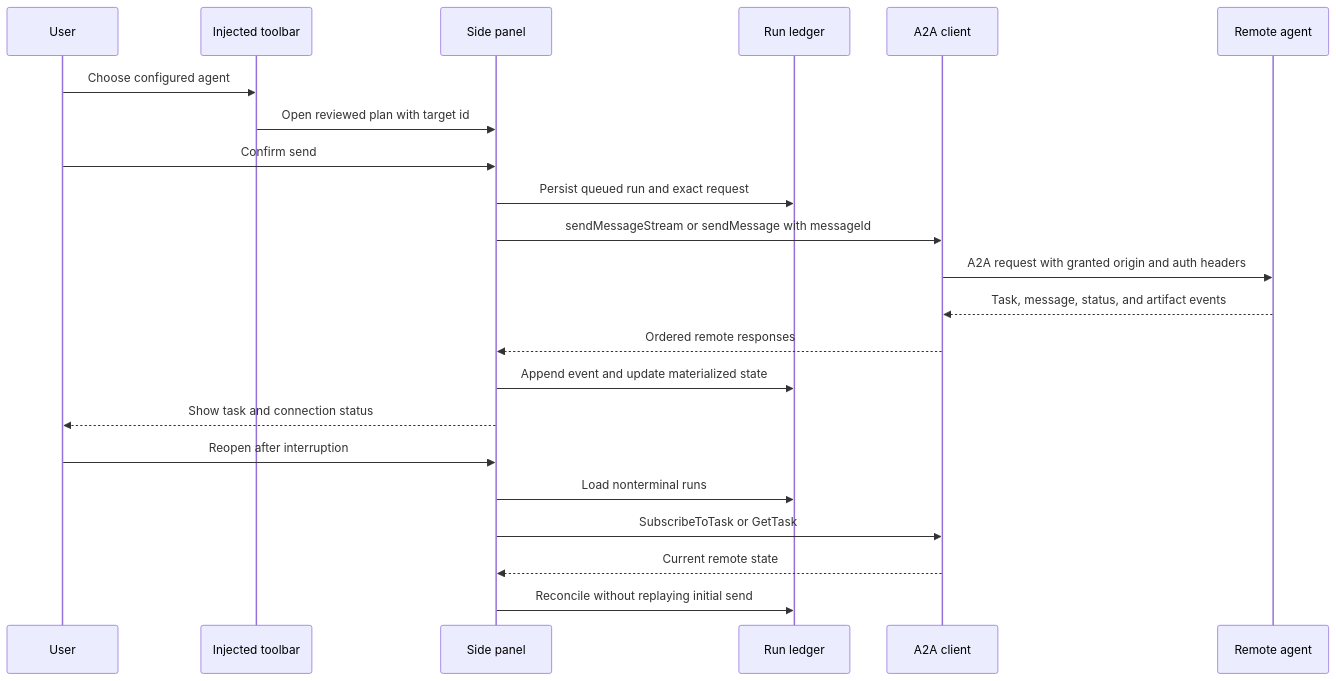
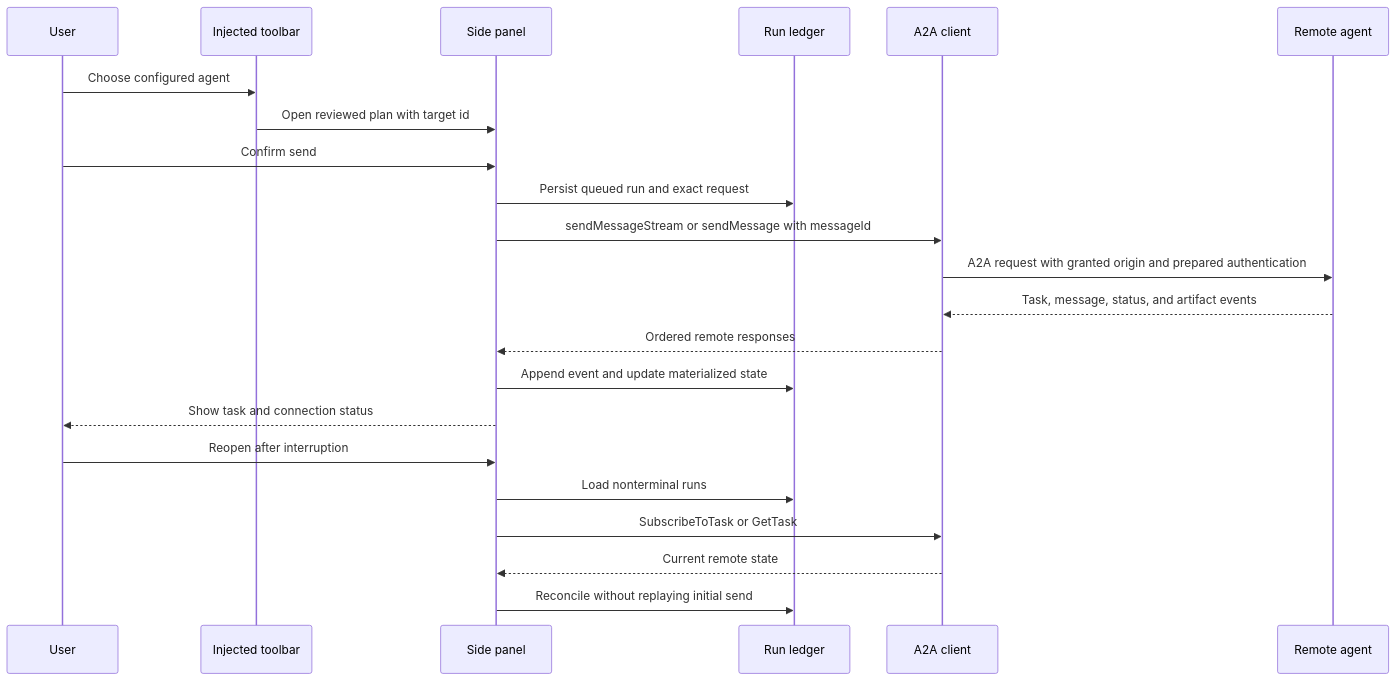
One commit to whizzzkid/point-and-shoot changed the second of 5 diagrams in docs/plans/A2A-client/README.md. Above: the diagram before and after it, drawn with Mermaid. The commit also changed other lines of this file and 6 other files, not shown here.

First line of the commit message:
docs(a2a): 📝 incorporate architecture review findings

````diff
--- a/docs/plans/A2A-client/README.md
+++ b/docs/plans/A2A-client/README.md
@@ -146,25 +155,25 @@
 ```mermaid
 sequenceDiagram
   participant User
   participant Toolbar as Injected toolbar
   participant Panel as Side panel
   participant Ledger as Run ledger
   participant Client as A2A client
   participant Agent as Remote agent
 
   User->>Toolbar: Choose configured agent
   Toolbar->>Panel: Open reviewed plan with target id
   User->>Panel: Confirm send
   Panel->>Ledger: Persist queued run and exact request
   Panel->>Client: sendMessageStream or sendMessage with messageId
-  Client->>Agent: A2A request with granted origin and auth headers
+  Client->>Agent: A2A request with granted origin and prepared authentication
   Agent-->>Client: Task, message, status, and artifact events
   Client-->>Panel: Ordered remote responses
   Panel->>Ledger: Append event and update materialized state
   Panel-->>User: Show task and connection status
   User->>Panel: Reopen after interruption
   Panel->>Ledger: Load nonterminal runs
   Panel->>Client: SubscribeToTask or GetTask
   Client-->>Panel: Current remote state
   Panel->>Ledger: Reconcile without replaying initial send
 ```
````
